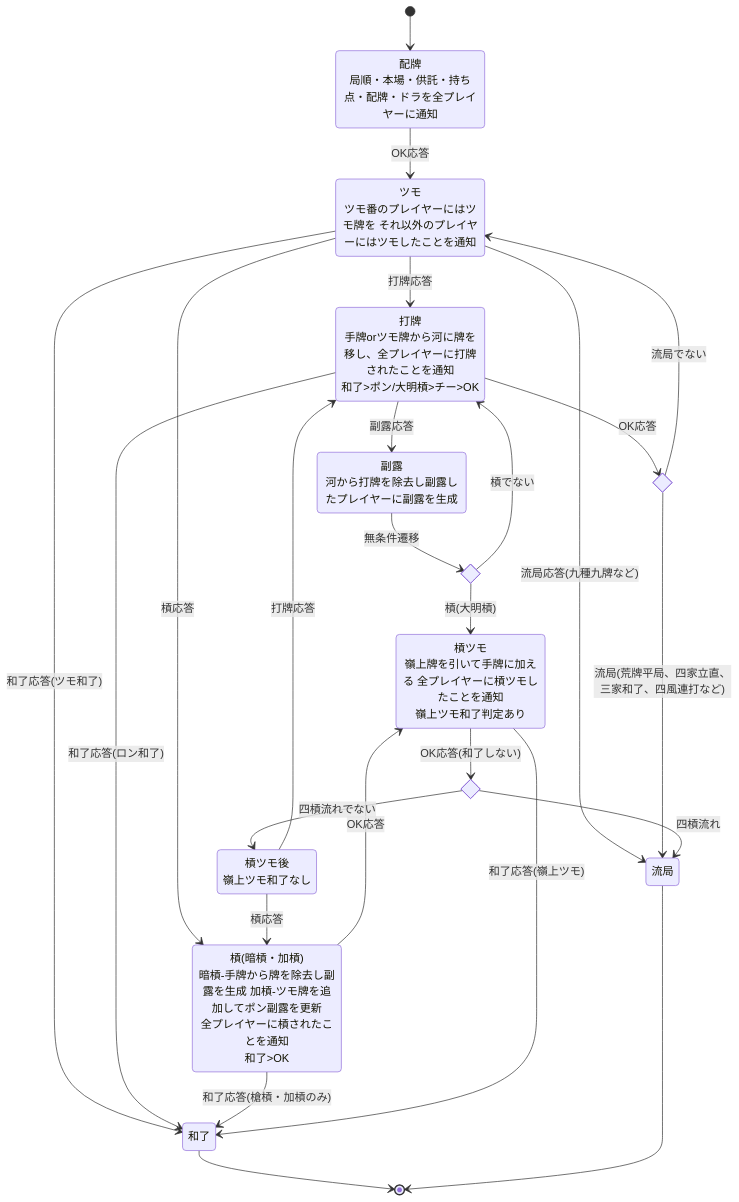
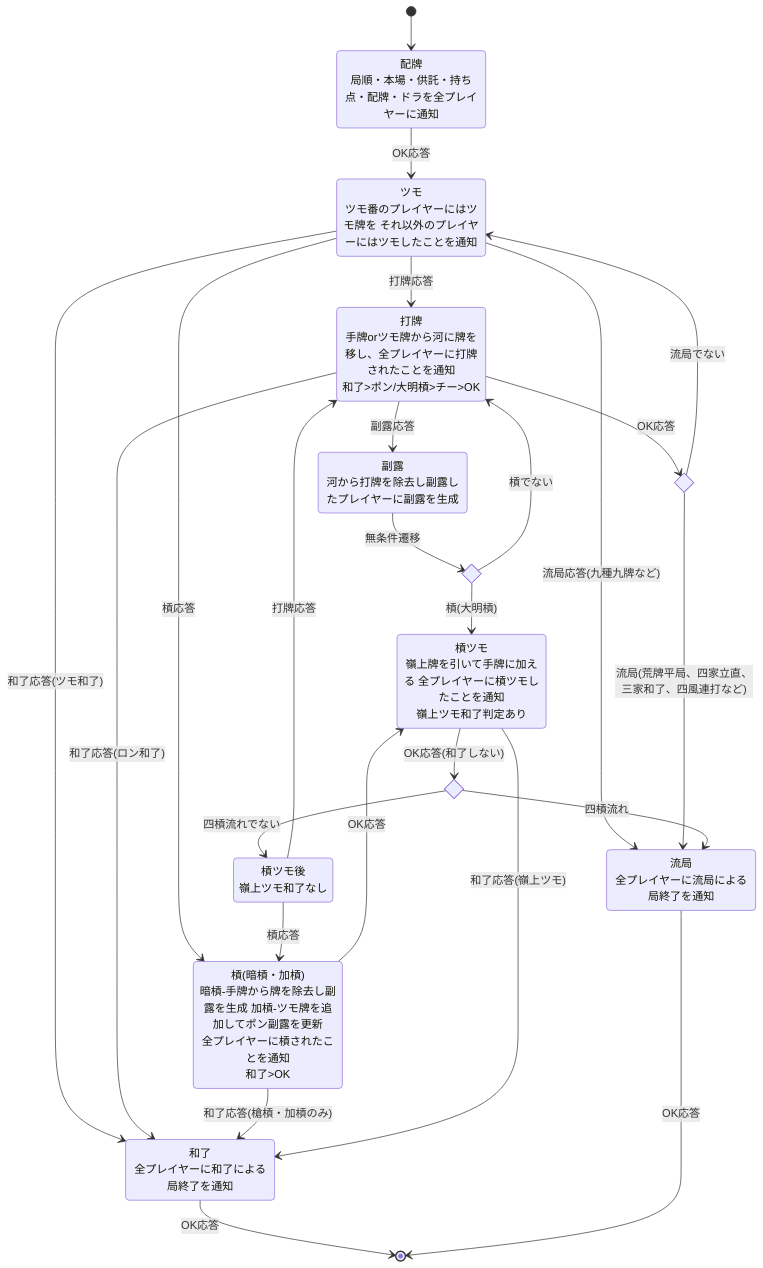
Before and after one commit to huurou/Mahjong4: the second of 2 diagrams in docs/Design.md, drawn with Mermaid. The commit also changed other lines of this file and 84 other files, not shown here.

````diff
--- a/docs/Design.md
+++ b/docs/Design.md
@@ -66,40 +66,40 @@
 ```mermaid
 stateDiagram-v2
     Haipai: 配牌<br>局順・本場・供託・持ち点・配牌・ドラを全プレイヤーに通知
     Tsumo: ツモ<br>ツモ番のプレイヤーにはツモ牌を それ以外のプレイヤーにはツモしたことを通知
     Dahai: 打牌<br>手牌orツモ牌から河に牌を移し、全プレイヤーに打牌されたことを通知<br>和了>ポン/大明槓>チー>OK
     state ChoiceDahai <<choice>>
     Call: 副露<br>河から打牌を除去し副露したプレイヤーに副露を生成
     state ChoiceCall <<choice>>
     Kan: 槓(暗槓・加槓)<br>暗槓-手牌から牌を除去し副露を生成 加槓-ツモ牌を追加してポン副露を更新<br>全プレイヤーに槓されたことを通知<br>和了>OK
     KanTsumo: 槓ツモ<br>嶺上牌を引いて手牌に加える 全プレイヤーに槓ツモしたことを通知<br>嶺上ツモ和了判定あり
     AfterKanTsumo: 槓ツモ後<br>嶺上ツモ和了なし
     state ChoiceKanTsumo <<choice>>
-    Win: 和了
-    Ryuukyoku: 流局
+    Win: 和了<br>全プレイヤーに和了による局終了を通知
+    Ryuukyoku: 流局<br>全プレイヤーに流局による局終了を通知
 
     [*] --> Haipai
     Haipai --> Tsumo: OK応答
     Tsumo --> Dahai: 打牌応答
     Tsumo --> Kan: 槓応答
     Tsumo --> Win: 和了応答(ツモ和了)
     Tsumo --> Ryuukyoku: 流局応答(九種九牌など)
     Dahai --> Call: 副露応答
     Dahai --> Win: 和了応答(ロン和了)
     Dahai --> ChoiceDahai: OK応答
     ChoiceDahai --> Tsumo: 流局でない
     ChoiceDahai --> Ryuukyoku: 流局(荒牌平局、四家立直、三家和了、四風連打など)
     Call --> ChoiceCall: 無条件遷移
     ChoiceCall --> Dahai: 槓でない
     ChoiceCall --> KanTsumo: 槓(大明槓)
     Kan --> KanTsumo: OK応答
     Kan --> Win: 和了応答(槍槓・加槓のみ)
     KanTsumo --> ChoiceKanTsumo: OK応答(和了しない)
     KanTsumo --> Win: 和了応答(嶺上ツモ)
     ChoiceKanTsumo --> Ryuukyoku: 四槓流れ
     ChoiceKanTsumo --> AfterKanTsumo: 四槓流れでない
     AfterKanTsumo --> Kan: 槓応答
     AfterKanTsumo --> Dahai: 打牌応答
-    Win --> [*]
-    Ryuukyoku --> [*]
+    Win --> [*]: OK応答
+    Ryuukyoku --> [*]: OK応答
 ```
````
